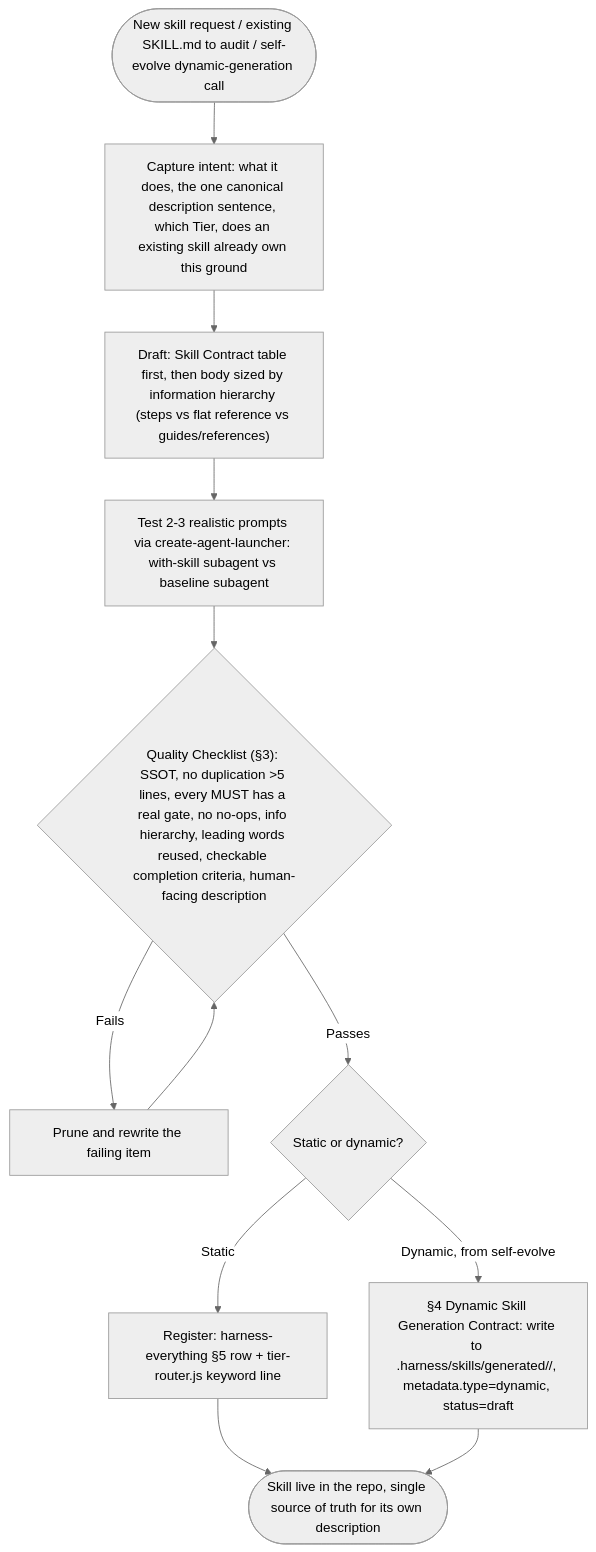
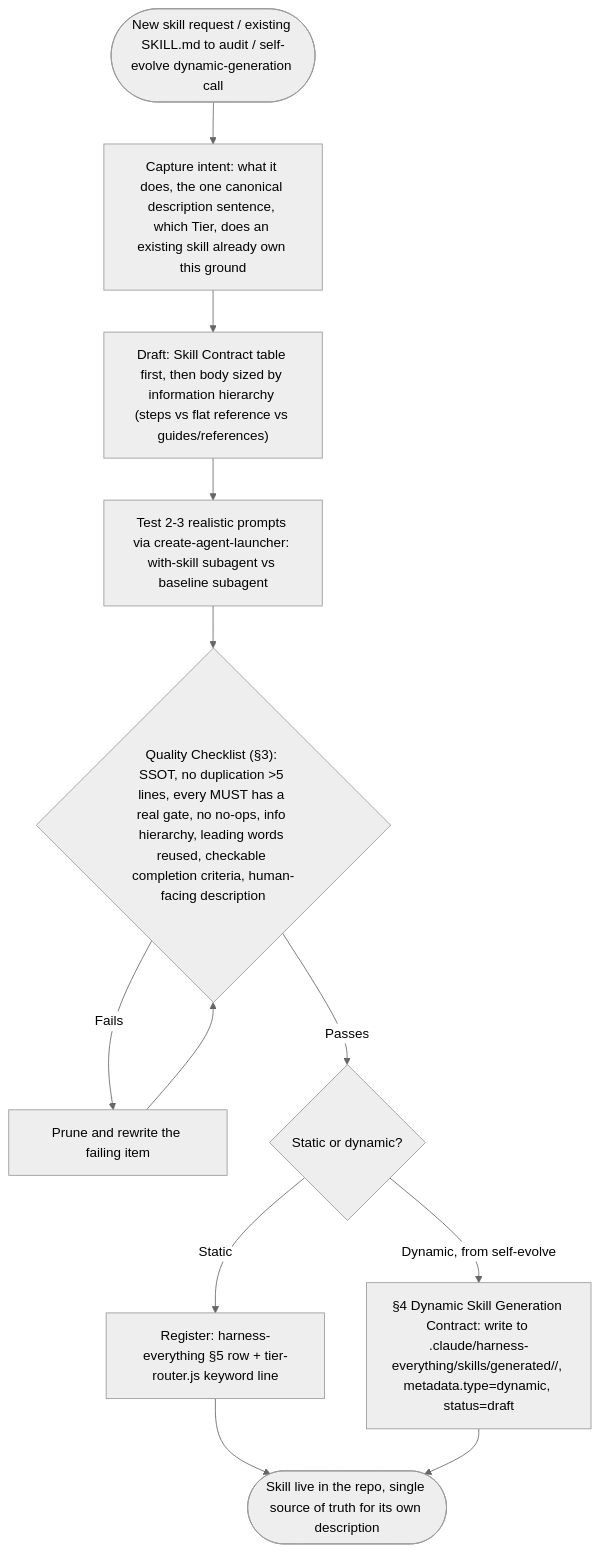
Before and after one commit to dyphn1/Harness-everything: the first of 3 diagrams in docs/workflows/skill-creator.md, drawn with Mermaid (neutral theme). The commit also changed other lines of this file and 42 other files, not shown here.

````diff
--- a/docs/workflows/skill-creator.md
+++ b/docs/workflows/skill-creator.md
@@ -11,14 +11,14 @@
 ```mermaid
 graph TD
   Start([New skill request / existing SKILL.md to audit / self-evolve dynamic-generation call]) --> Intent["Capture intent: what it does, the one canonical description sentence, which Tier, does an existing skill already own this ground"]
   Intent --> Draft["Draft: Skill Contract table first, then body sized by information hierarchy (steps vs flat reference vs guides/references)"]
   Draft --> Test["Test 2-3 realistic prompts via create-agent-launcher: with-skill subagent vs baseline subagent"]
   Test --> Checklist{"Quality Checklist (§3): SSOT, no duplication >5 lines, every MUST has a real gate, no no-ops, info hierarchy, leading words reused, checkable completion criteria, human-facing description"}
   Checklist -->|Fails| Prune["Prune and rewrite the failing item"]
   Prune --> Checklist
   Checklist -->|Passes| Route{Static or dynamic?}
   Route -->|Static| Register["Register: harness-everything §5 row + tier-router.js keyword line"]
-  Route -->|Dynamic, from self-evolve| DynamicContract["§4 Dynamic Skill Generation Contract: write to .harness/skills/generated/<name>/, metadata.type=dynamic, status=draft"]
+  Route -->|Dynamic, from self-evolve| DynamicContract["§4 Dynamic Skill Generation Contract: write to .claude/harness-everything/skills/generated/<name>/, metadata.type=dynamic, status=draft"]
   Register --> End([Skill live in the repo, single source of truth for its own description])
   DynamicContract --> End
 ```
````
